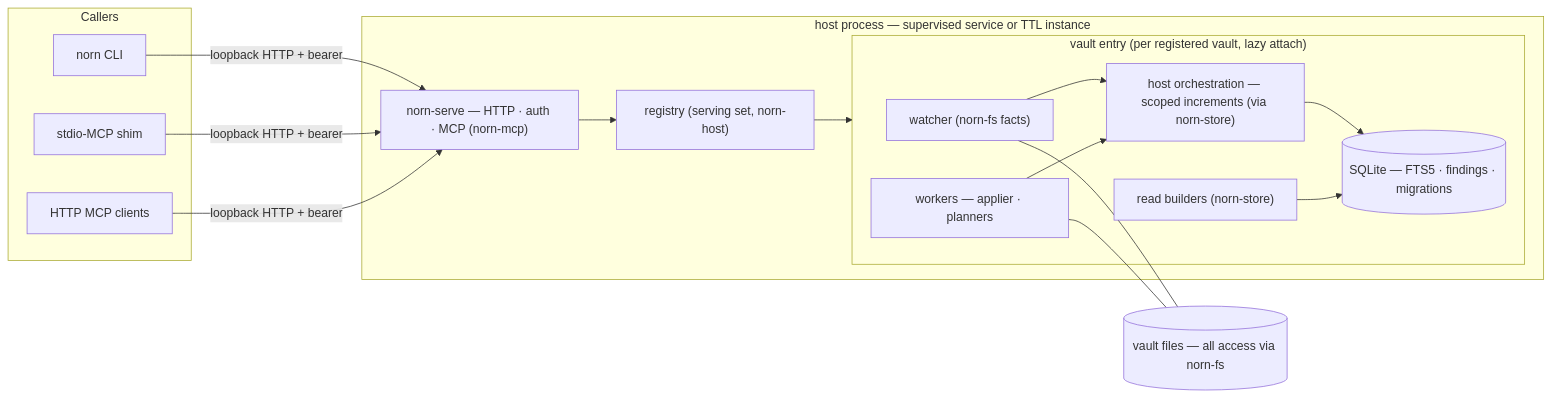
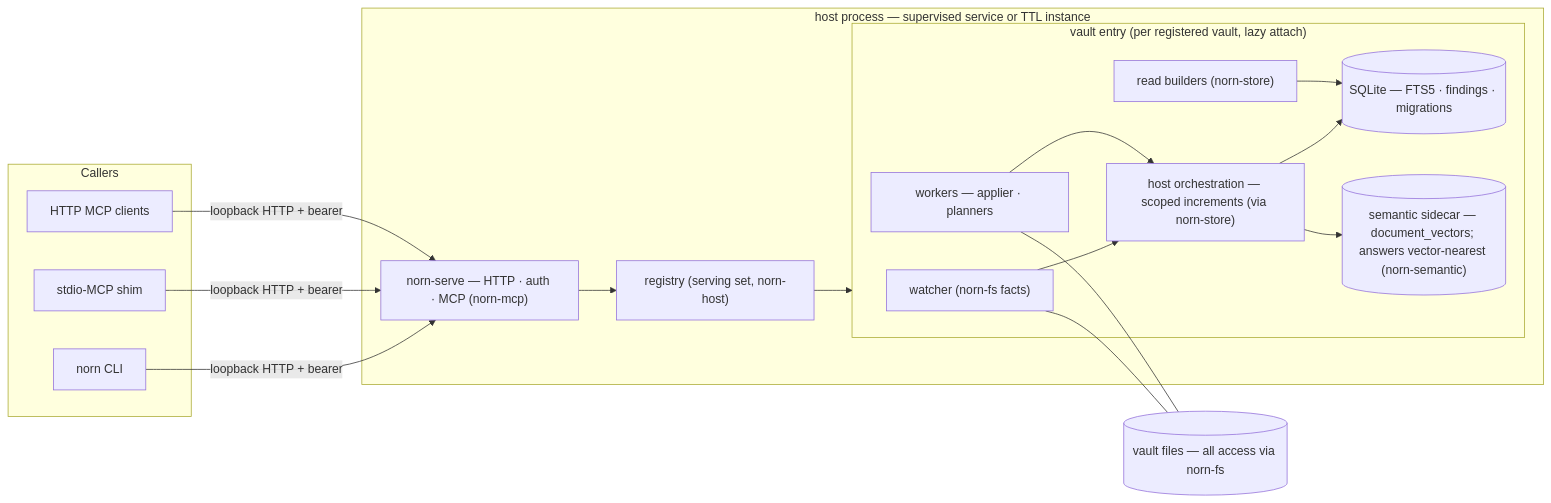
Before and after one commit to dbtlr/norn-next: the second of 3 diagrams in docs/architecture.md, drawn with Mermaid. The commit also changed other lines of this file and 11 other files, not shown here.

First line of the commit message:
NORN-177: compose the semantic engine — delivery enables, legs drain, nearest answers (#134)

````diff
--- a/docs/architecture.md
+++ b/docs/architecture.md
@@ -1117,23 +1121,24 @@
 ```mermaid
 graph LR
   subgraph callers["Callers"]
     cli["norn CLI"]
     shim["stdio-MCP shim"]
     agents["HTTP MCP clients"]
   end
   cli -- "loopback HTTP + bearer" --> api
   shim -- "loopback HTTP + bearer" --> api
   agents -- "loopback HTTP + bearer" --> api
   subgraph hostp["host process — supervised service or TTL instance"]
     api["norn-serve — HTTP · auth · MCP (norn-mcp)"] --> reg["registry (serving set, norn-host)"]
     reg --> v1
     subgraph v1["vault entry (per registered vault, lazy attach)"]
       watcher["watcher (norn-fs facts)"] --> orch["host orchestration — scoped increments (via norn-store)"]
       workers["workers — applier · planners"] --> orch
       orch --> db[("SQLite — FTS5 · findings · migrations")]
+      orch --> sidecar[("semantic sidecar — document_vectors; answers vector-nearest (norn-semantic)")]
       reads["read builders (norn-store)"] --> db
     end
   end
   watcher --- files[("vault files — all access via norn-fs")]
   workers --- files
 ```
````
